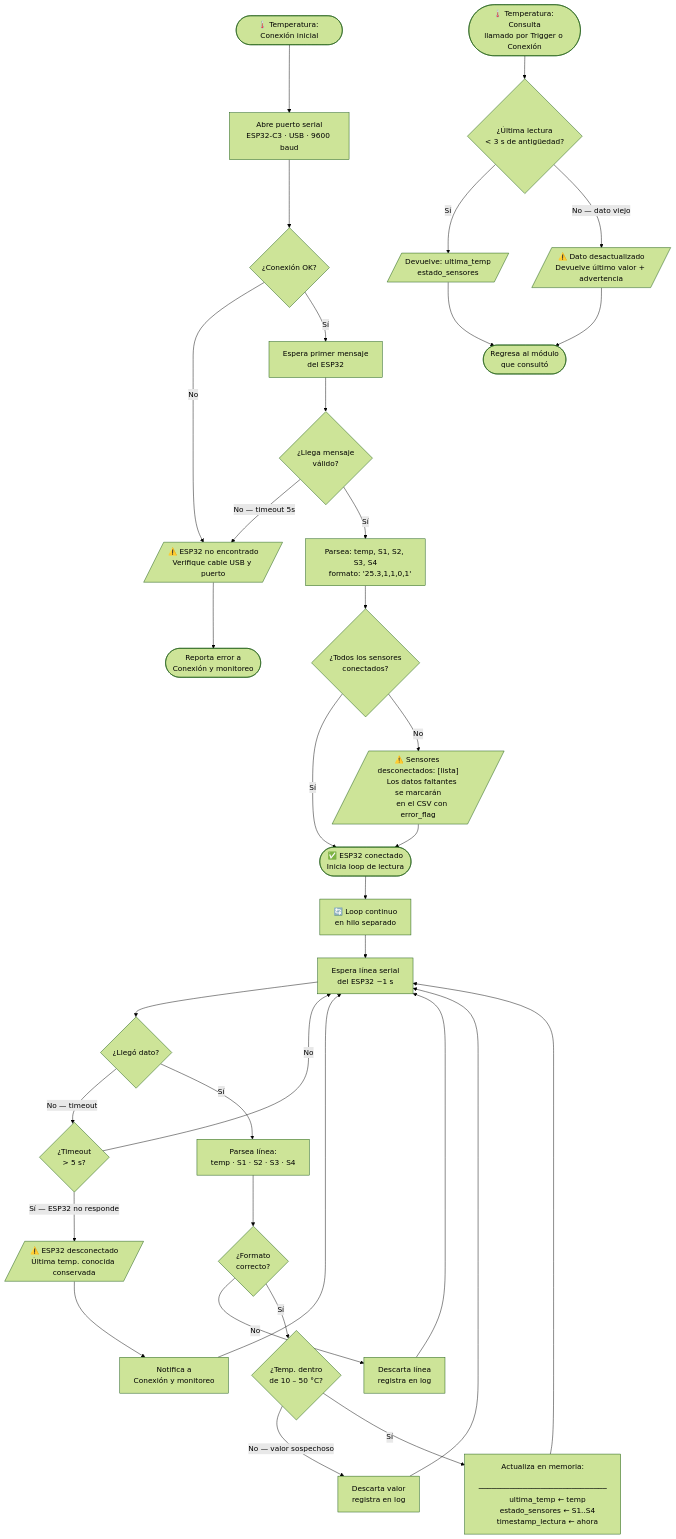
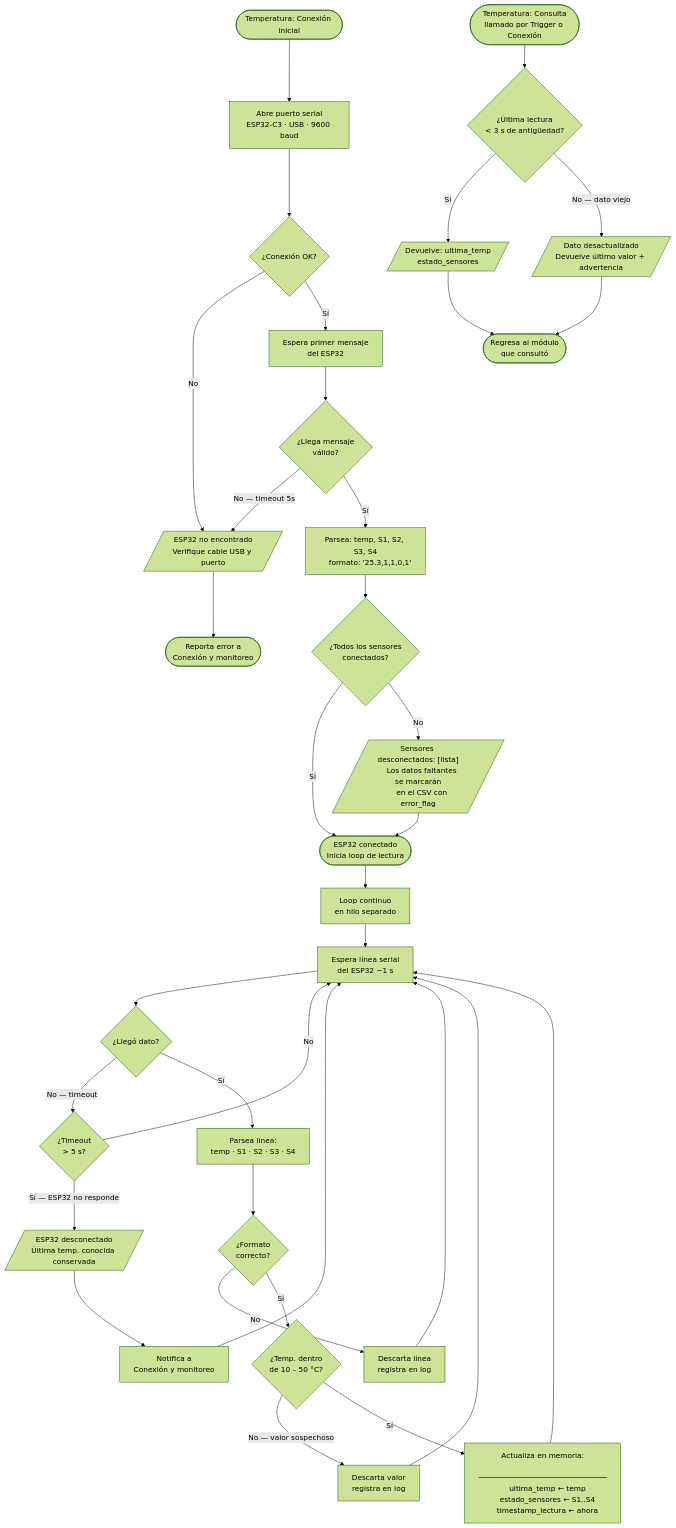
Before and after one commit to EvandherZarco/automatizacion_del_osciloscopio: the diagram in Tesis documento/Diagramas/modulo_temperatura.mermaid, drawn with Mermaid (forest theme). The commit also changed 19 other files, not shown here.

Commit message:
Correcciones de redaccion en capitulos 2, 3, 4 y 5; diagrama de arquitectura; limpieza de diagramas mermaid

```diff
--- a/Tesis documento/Diagramas/modulo_temperatura.mermaid
+++ b/Tesis documento/Diagramas/modulo_temperatura.mermaid
@@ -1,66 +1,66 @@
 flowchart TD
 
     %% ─────────────────────────────
     %% SUB-FLUJO 1: CONEXIÓN INICIAL
     %% ─────────────────────────────
-    INIT([🌡️ Temperatura: Conexión inicial])
+    INIT([Temperatura: Conexión inicial])
     INIT --> CONNECT["Abre puerto serial\nESP32-C3 · USB · 9600 baud"]
     CONNECT --> CONNOK{¿Conexión OK?}
-    CONNOK --> |No| CONNERR[/"⚠️ ESP32 no encontrado\nVerifique cable USB y puerto"/]
+    CONNOK --> |No| CONNERR[/"ESP32 no encontrado\nVerifique cable USB y puerto"/]
     CONNERR --> CONNFAIL([Reporta error a\nConexión y monitoreo])
 
     CONNOK --> |Sí| WAITFIRST["Espera primer mensaje\ndel ESP32"]
     WAITFIRST --> FIRSTOK{¿Llega mensaje\nválido?}
     FIRSTOK --> |No — timeout 5s| CONNERR
     FIRSTOK --> |Sí| PARSECHECK["Parsea: temp, S1, S2, S3, S4
     formato: '25.3,1,1,0,1'"]
     PARSECHECK --> SENSORCHECK{¿Todos los sensores\nconectados?}
     SENSORCHECK --> |Sí| READY
-    SENSORCHECK --> |No| SENSORWARN[/"⚠️ Sensores desconectados: [lista]
+    SENSORCHECK --> |No| SENSORWARN[/"Sensores desconectados: [lista]
     Los datos faltantes se marcarán
     en el CSV con error_flag"/]
     SENSORWARN --> READY
 
-    READY(["✅ ESP32 conectado\nInicia loop de lectura"])
+    READY(["ESP32 conectado\nInicia loop de lectura"])
     READY --> LOOP
 
     %% ─────────────────────────────
     %% SUB-FLUJO 2: LOOP DE LECTURA
     %% (corre en background continuo)
     %% ─────────────────────────────
-    LOOP["🔄 Loop continuo\nen hilo separado"]
+    LOOP["Loop continuo\nen hilo separado"]
     LOOP --> READLINE["Espera línea serial\ndel ESP32 ~1 s"]
     READLINE --> LINEOK{¿Llegó dato?}
 
     LINEOK --> |No — timeout| TOCHECK{¿Timeout\n> 5 s?}
     TOCHECK --> |No| READLINE
-    TOCHECK --> |Sí — ESP32 no responde| DISCON[/"⚠️ ESP32 desconectado\nÚltima temp. conocida conservada"/]
+    TOCHECK --> |Sí — ESP32 no responde| DISCON[/"ESP32 desconectado\nÚltima temp. conocida conservada"/]
     DISCON --> NOTIFYCONN["Notifica a\nConexión y monitoreo"]
     NOTIFYCONN --> READLINE
 
     LINEOK --> |Sí| PARSE["Parsea línea:\ntemp · S1 · S2 · S3 · S4"]
     PARSE --> PARSEOK{¿Formato\ncorrecto?}
     PARSEOK --> |No| PARSEERR["Descarta línea\nregistra en log"]
     PARSEERR --> READLINE
 
     PARSEOK --> |Sí| RANGECHECK{¿Temp. dentro\nde 10 – 50 °C?}
     RANGECHECK --> |No — valor sospechoso| SUSPWARN["Descarta valor\nregistra en log"]
     SUSPWARN --> READLINE
 
     RANGECHECK --> |Sí| UPDATE["Actualiza en memoria:
     ─────────────────────────────
     ultima_temp ← temp
     estado_sensores ← S1..S4
     timestamp_lectura ← ahora"]
     UPDATE --> READLINE
 
     %% ─────────────────────────────
     %% SUB-FLUJO 3: CONSULTA
     %% (llamado por Trigger o Conexión y monitoreo)
     %% ─────────────────────────────
-    QUERY([🌡️ Temperatura: Consulta\nllamado por Trigger o Conexión])
+    QUERY([Temperatura: Consulta\nllamado por Trigger o Conexión])
     QUERY --> FRESHCHECK{¿Última lectura\n< 3 s de antigüedad?}
     FRESHCHECK --> |Sí| RETURN[/"Devuelve: ultima_temp\nestado_sensores"/]
-    FRESHCHECK --> |No — dato viejo| STALE[/"⚠️ Dato desactualizado\nDevuelve último valor + advertencia"/]
+    FRESHCHECK --> |No — dato viejo| STALE[/"Dato desactualizado\nDevuelve último valor + advertencia"/]
     RETURN --> CALLER([Regresa al módulo\nque consultó])
     STALE --> CALLER
```
